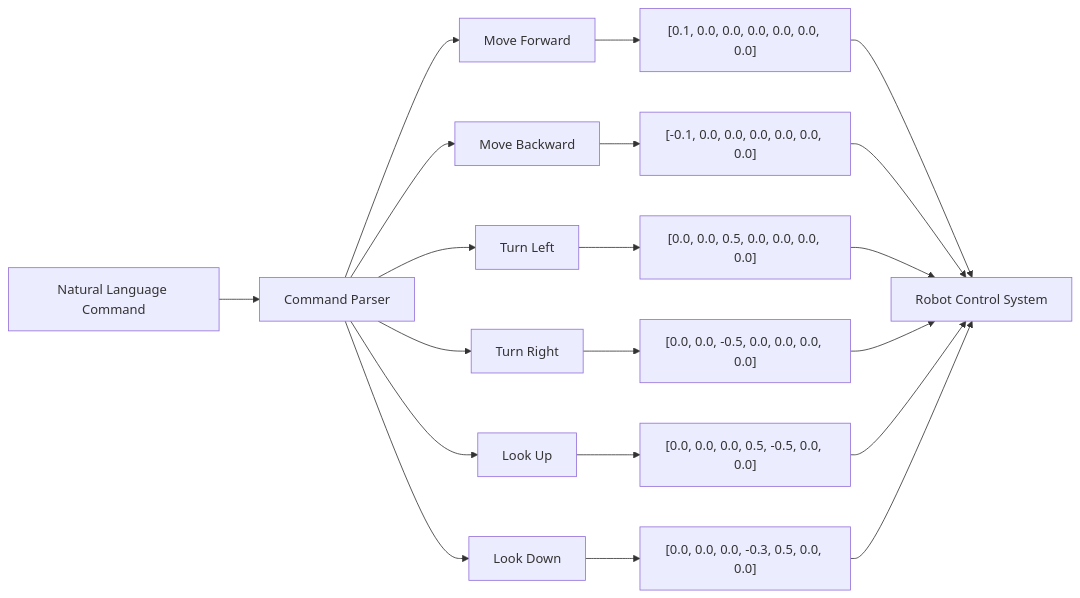
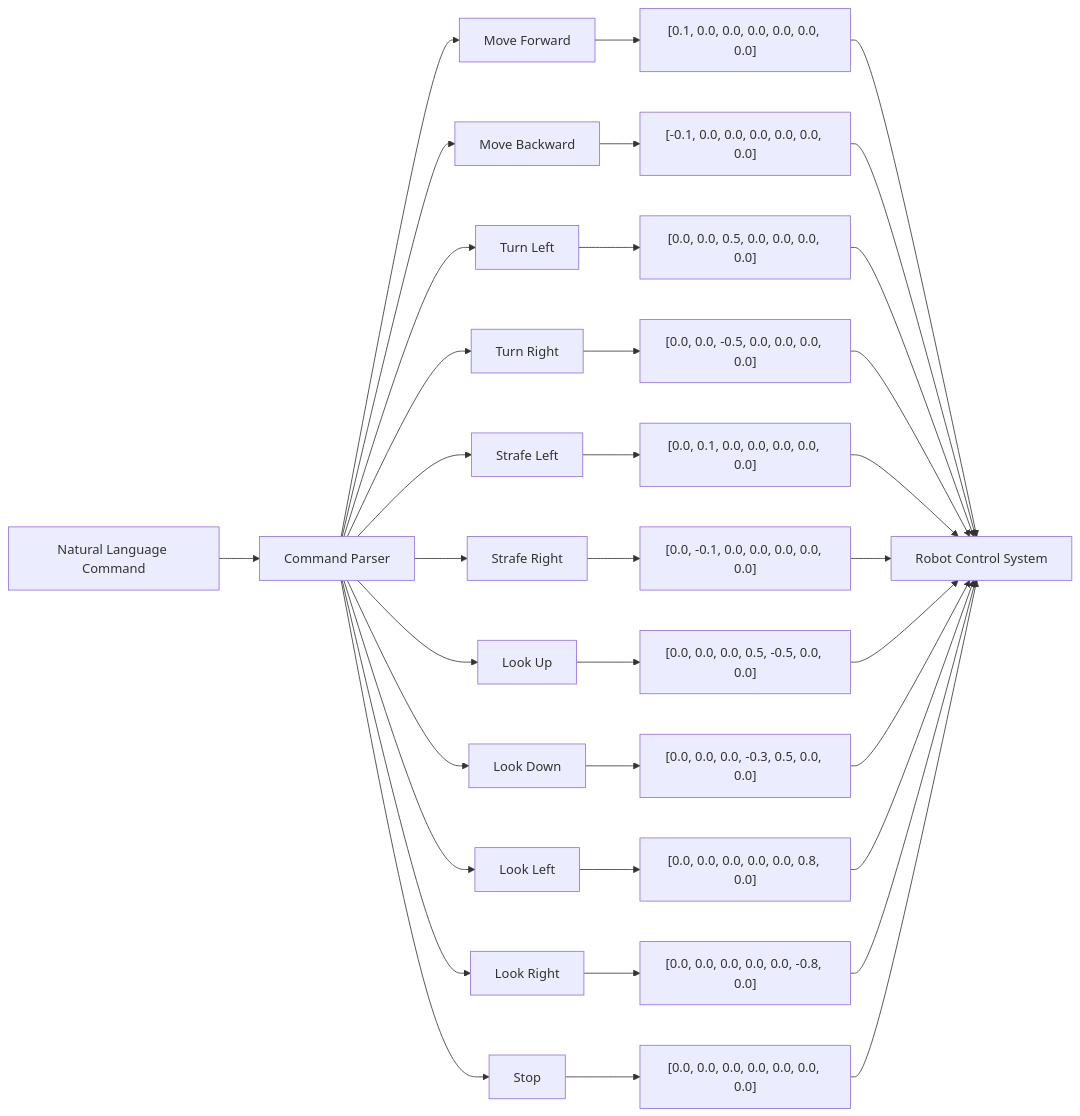
The third of 6 diagrams in README.md (Aronnaxx/d00t), drawn with Mermaid before and after one commit. The commit also changed other lines of this file and 2 other files, not shown here.

````diff
--- a/README.md
+++ b/README.md
@@ -82,25 +87,40 @@
 ```mermaid
 graph LR
     NLCommand[Natural Language Command] --> Parser[Command Parser]
     
     Parser --> Forward[Move Forward]
     Parser --> Backward[Move Backward]
     Parser --> TurnLeft[Turn Left]
     Parser --> TurnRight[Turn Right]
     Parser --> LookUp[Look Up]
     Parser --> LookDown[Look Down]
+    Parser --> LookLeft[Look Left]
+    Parser --> LookRight[Look Right]
+    Parser --> StrafeLeft[Strafe Left]
+    Parser --> StrafeRight[Strafe Right]
+    Parser --> Stop[Stop]
     
     Forward --> CommandVector["[0.1, 0.0, 0.0, 0.0, 0.0, 0.0, 0.0]"]
     Backward --> CommandVector2["[-0.1, 0.0, 0.0, 0.0, 0.0, 0.0, 0.0]"]
     TurnLeft --> CommandVector3["[0.0, 0.0, 0.5, 0.0, 0.0, 0.0, 0.0]"]
     TurnRight --> CommandVector4["[0.0, 0.0, -0.5, 0.0, 0.0, 0.0, 0.0]"]
-    LookUp --> CommandVector5["[0.0, 0.0, 0.0, 0.5, -0.5, 0.0, 0.0]"]
-    LookDown --> CommandVector6["[0.0, 0.0, 0.0, -0.3, 0.5, 0.0, 0.0]"]
+    StrafeLeft --> CommandVector5["[0.0, 0.1, 0.0, 0.0, 0.0, 0.0, 0.0]"]
+    StrafeRight --> CommandVector6["[0.0, -0.1, 0.0, 0.0, 0.0, 0.0, 0.0]"]
+    LookUp --> CommandVector7["[0.0, 0.0, 0.0, 0.5, -0.5, 0.0, 0.0]"]
+    LookDown --> CommandVector8["[0.0, 0.0, 0.0, -0.3, 0.5, 0.0, 0.0]"]
+    LookLeft --> CommandVector9["[0.0, 0.0, 0.0, 0.0, 0.0, 0.8, 0.0]"]
+    LookRight --> CommandVector10["[0.0, 0.0, 0.0, 0.0, 0.0, -0.8, 0.0]"]
+    Stop --> CommandVector11["[0.0, 0.0, 0.0, 0.0, 0.0, 0.0, 0.0]"]
     
     CommandVector --> RobotControl[Robot Control System]
     CommandVector2 --> RobotControl
     CommandVector3 --> RobotControl
     CommandVector4 --> RobotControl
     CommandVector5 --> RobotControl
     CommandVector6 --> RobotControl
+    CommandVector7 --> RobotControl
+    CommandVector8 --> RobotControl
+    CommandVector9 --> RobotControl
+    CommandVector10 --> RobotControl
+    CommandVector11 --> RobotControl
 ```
````
